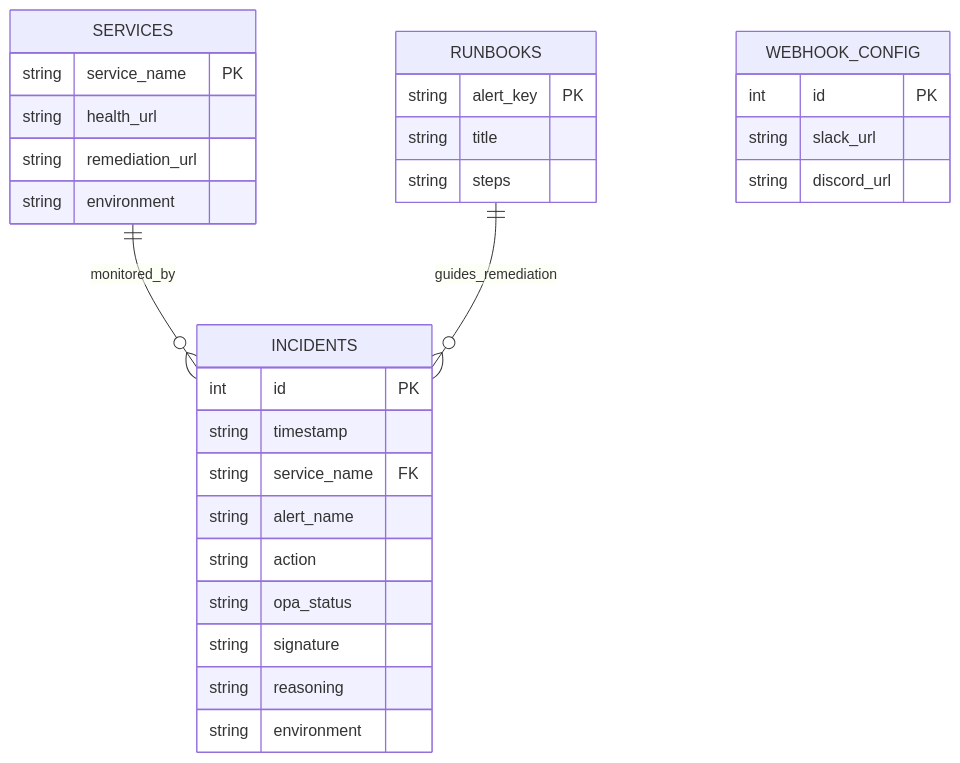
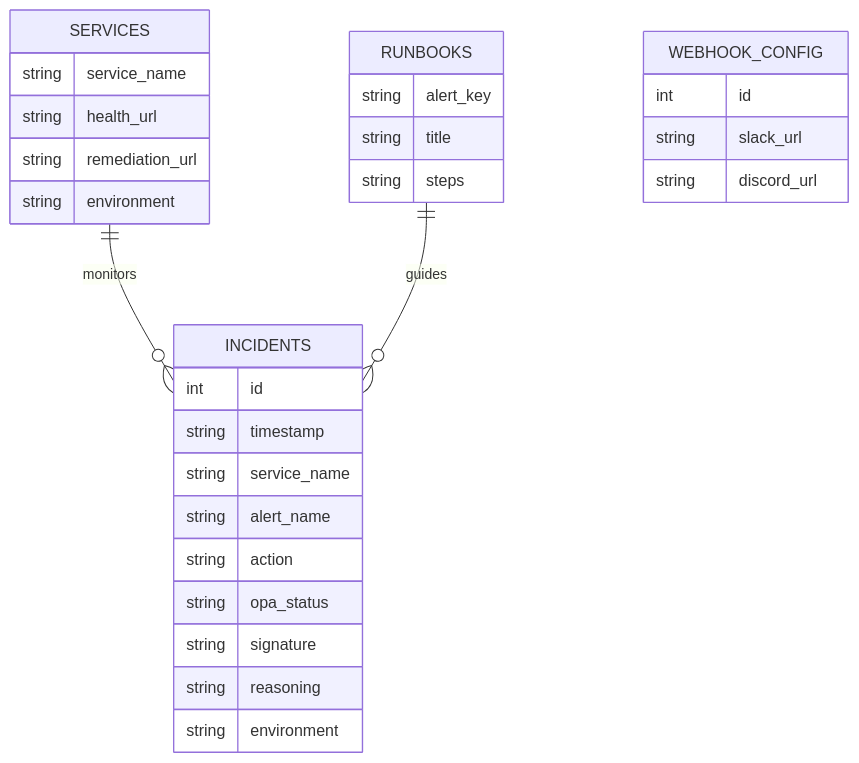
Before and after one commit to Lalit2615/ASHIP: the fourth of 11 diagrams in ASHIP_PROJECT_DOCUMENTATION.md, drawn with Mermaid. The commit also changed other lines of this file, not shown here.

Commit message:
fix(docs): resolve Mermaid diagram syntax rendering issues for all 11 diagrams

````diff
--- a/ASHIP_PROJECT_DOCUMENTATION.md
+++ b/ASHIP_PROJECT_DOCUMENTATION.md
@@ -301,36 +304,33 @@
 ```mermaid
 erDiagram
     SERVICES {
-        string service_name PK
+        string service_name
         string health_url
         string remediation_url
         string environment
     }
-
     INCIDENTS {
-        int id PK
+        int id
         string timestamp
-        string service_name FK
+        string service_name
         string alert_name
         string action
         string opa_status
         string signature
         string reasoning
         string environment
     }
-
     RUNBOOKS {
-        string alert_key PK
+        string alert_key
         string title
         string steps
     }
-
     WEBHOOK_CONFIG {
-        int id PK
+        int id
         string slack_url
         string discord_url
     }
 
-    SERVICES ||--o{ INCIDENTS : "monitored_by"
-    RUNBOOKS ||--o{ INCIDENTS : "guides_remediation"
+    SERVICES ||--o{ INCIDENTS : monitors
+    RUNBOOKS ||--o{ INCIDENTS : guides
 ```
````
